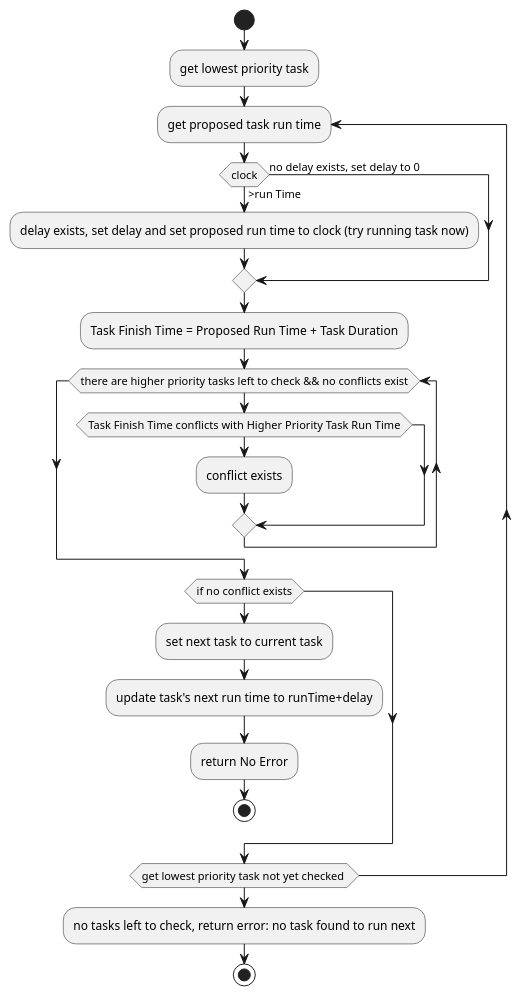
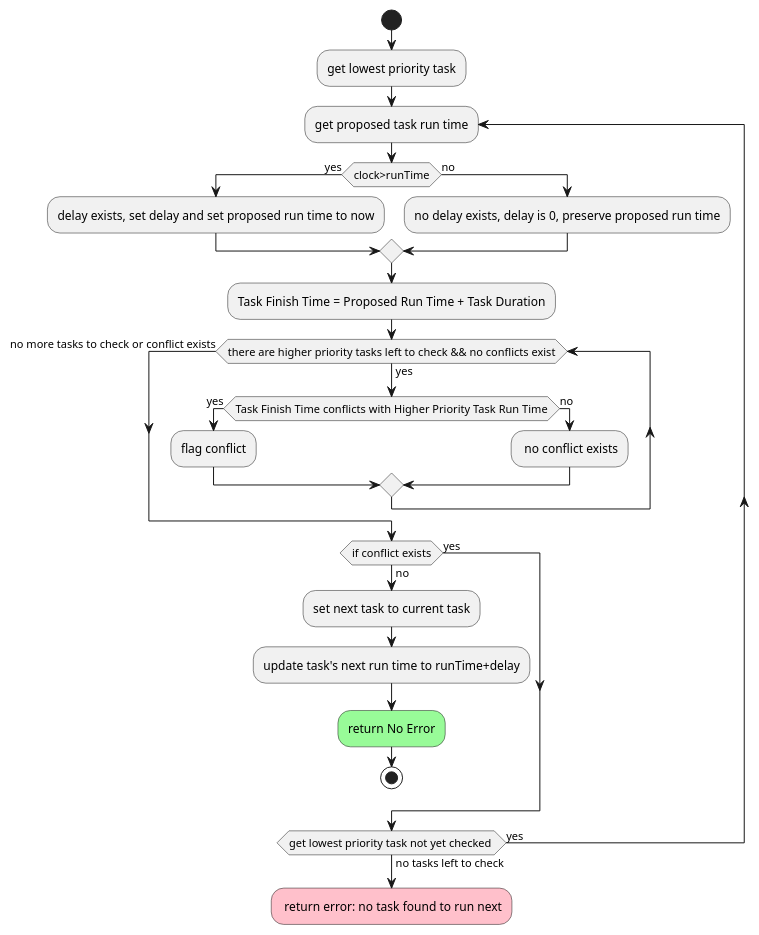
Before and after one commit to UCSD-E4E/smartfin-fw3: the diagram in docs/control_flow.puml, drawn with PlantUML. The commit also changed 1 other file, not shown here.

Commit message:
Added documentation for creating new test cases and editted control_flow diagram

```diff
--- a/docs/control_flow.puml
+++ b/docs/control_flow.puml
@@ -1,29 +1,33 @@
 @startuml
 start
 
 :get lowest priority task;
 repeat :get proposed task run time;
-  if (clock) is (>run Time) then
-   :delay exists, set delay and set proposed run time to clock (try running task now);
-  else (no delay exists, set delay to 0)
+  if (clock>runTime) is (yes) then
+   :delay exists, set delay and set proposed run time to now;
+  else (no)
+    :no delay exists, delay is 0, preserve proposed run time;
   endif
 
   :Task Finish Time = Proposed Run Time + Task Duration;
-  while (there are higher priority tasks left to check && no conflicts exist)
-  if (Task Finish Time conflicts with Higher Priority Task Run Time) then
-   :conflict exists;
+  while (there are higher priority tasks left to check && no conflicts exist) is (yes)
+  if (Task Finish Time conflicts with Higher Priority Task Run Time) is (yes) then
+   :flag conflict;
+  else (no)
+    : no conflict exists;
   endif
   
-  endwhile;
+  endwhile (no more tasks to check or conflict exists);
 
-  if (if no conflict exists) then
+  if (if conflict exists) is (no) then
    :set next task to current task;
    :update task's next run time to runTime+delay;
-   :return No Error;
+   #palegreen :return No Error;
    stop
+   else (yes)
   endif
 
-repeat while (get lowest priority task not yet checked )
-:no tasks left to check, return error: no task found to run next;
-stop
+repeat while (get lowest priority task not yet checked ) is (yes) not (no tasks left to check)
+#pink : return error: no task found to run next;
+detach
 @enduml
```
